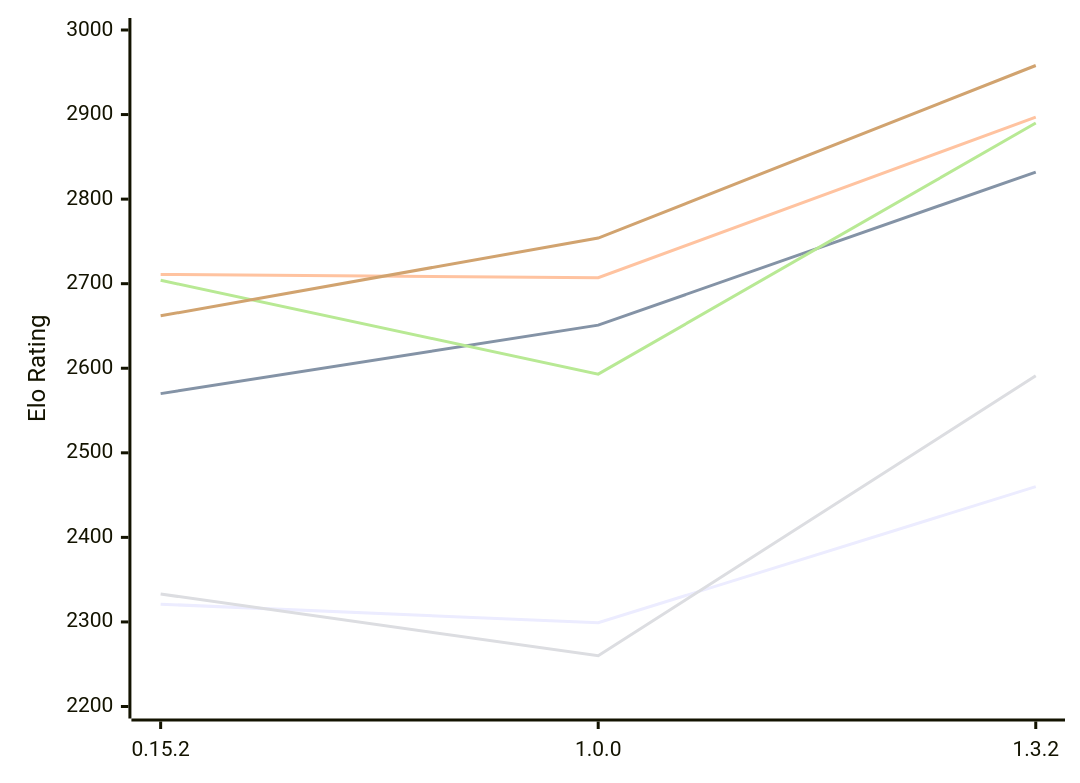
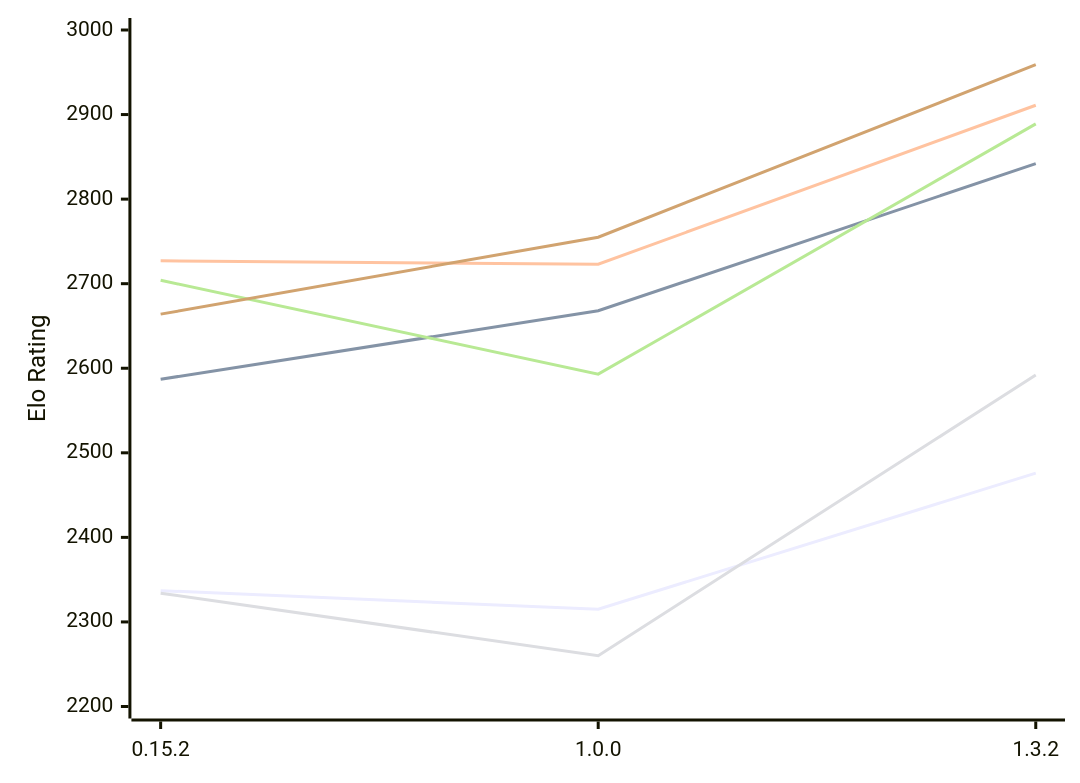
One commit to computer-chess-index/cci changed the diagram in engines/ElephantGambit.md. Above: the diagram before and after it, drawn with Mermaid. The commit also changed other lines of this file, not shown here.

Commit message:
Update CCI Ratings (ELO VLTC) - 2026-11-11

````diff
--- a/engines/ElephantGambit.md
+++ b/engines/ElephantGambit.md
@@ -52,12 +52,12 @@
 ```mermaid
 %%{init: {"theme":"base","themeVariables":{"seriesColors:['#a3a3a3','#222221','#faa371']}}}%%
 xychart-beta
   x-axis ["0.15.2", "1.0.0", "1.3.2"]
   y-axis "Elo Rating" 2200 --> 3000
-  line "E1: STC (8.0+0.08s)" [2321, 2299, 2460]
-  line "E1: LTC (60.0+0.60s)" [2570, 2651, 2832]
-  line "E1: VLTC (2m24s+1.12s)" [2711, 2707, 2897]
-  line "P1: STC (8.0+0.08s)" [2333, 2260, 2591]
-  line "P1: LTC (60.0+0.60s)" [2704, 2593, 2890]
-  line "P1: VLTC (2m24s+1.12s)" [2662, 2754, 2958]
+  line "E1: STC (8.0+0.08s)" [2337, 2315, 2476]
+  line "E1: LTC (60.0+0.60s)" [2587, 2668, 2842]
+  line "E1: VLTC (2m24s+1.12s)" [2727, 2723, 2911]
+  line "P1: STC (8.0+0.08s)" [2334, 2260, 2592]
+  line "P1: LTC (60.0+0.60s)" [2704, 2593, 2889]
+  line "P1: VLTC (2m24s+1.12s)" [2664, 2755, 2959]
 ```
````
